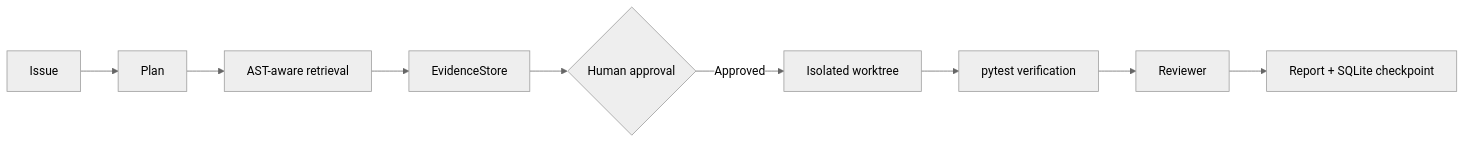
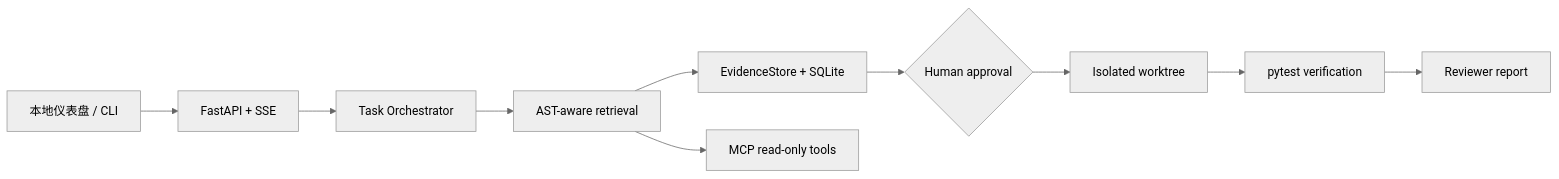
Before and after one commit to zmh2245749337/repopilot-agent: the diagram in README.md, drawn with Mermaid (neutral theme). The commit also changed other lines of this file and 13 other files, not shown here.

Commit message:
Add local RepoPilot dashboard and MCP tools

````diff
--- a/README.md
+++ b/README.md
@@ -7,11 +7,12 @@
 ```mermaid
 flowchart LR
-    I[Issue] --> P[Plan]
-    P --> R[AST-aware retrieval]
-    R --> E[EvidenceStore]
-    E --> A{Human approval}
-    A -->|Approved| W[Isolated worktree]
-    W --> T[pytest verification]
-    T --> V[Reviewer]
-    V --> O[Report + SQLite checkpoint]
+    UI["本地仪表盘 / CLI"] --> API["FastAPI + SSE"]
+    API --> ORCH["Task Orchestrator"]
+    ORCH --> RET["AST-aware retrieval"]
+    RET --> EVID["EvidenceStore + SQLite"]
+    EVID --> GATE{"Human approval"}
+    GATE --> WORK["Isolated worktree"]
+    WORK --> TEST["pytest verification"]
+    TEST --> REVIEW["Reviewer report"]
+    RET --> MCP["MCP read-only tools"]
 ```
````
